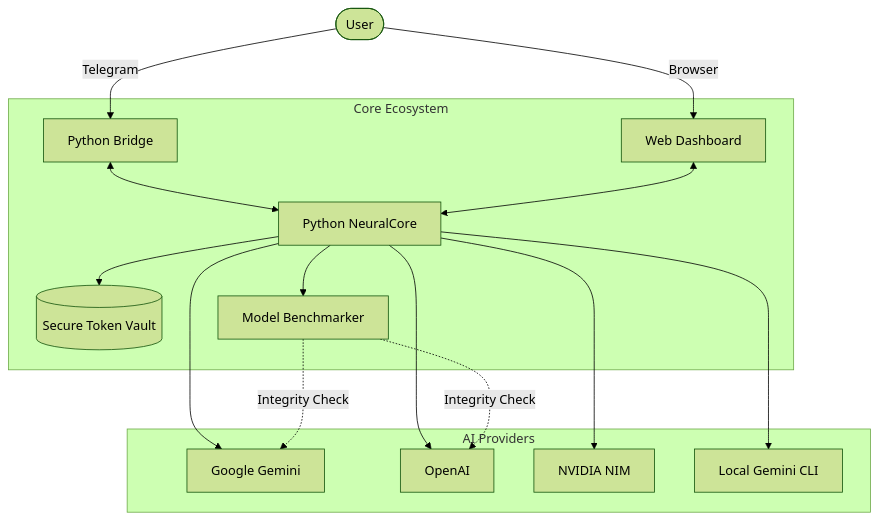
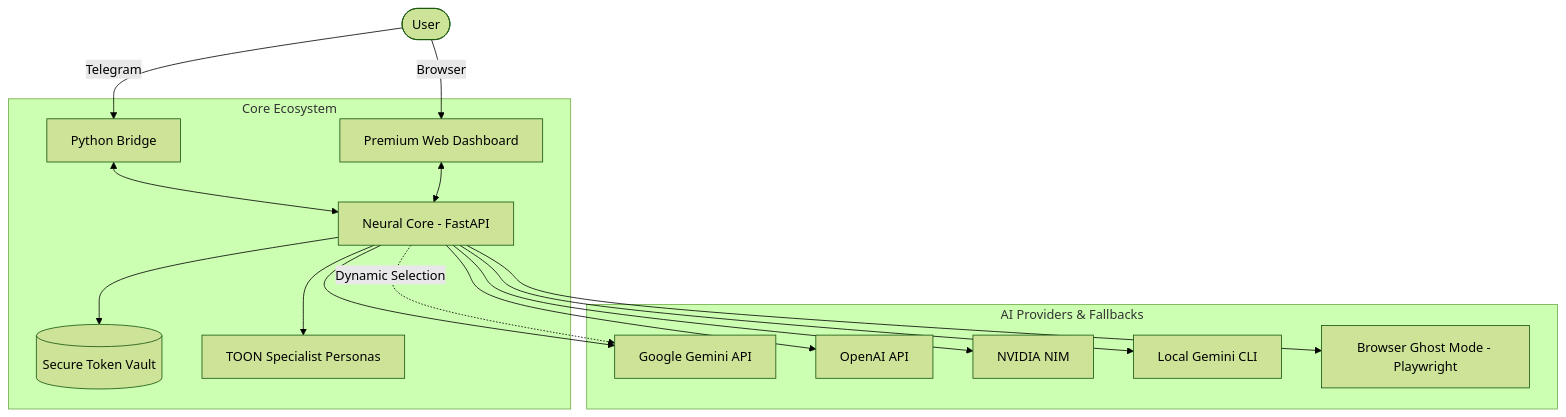
One commit to nhmatsumoto/ronaldinho-agent changed the diagram in README.md. Above: the diagram before and after it, drawn with Mermaid (forest theme). The commit also changed other lines of this file and 8 other files, not shown here.

Commit message:
feat: Implement browser-based ChatGPT as a final model fallback and refine model rotation with improved quota error handling.

````diff
--- a/README.md
+++ b/README.md
@@ -9,22 +9,22 @@
 ```mermaid
 graph TD
     User([User]) --> |Telegram| Bridge[Python Bridge]
-    User --> |Browser| Dashboard[Web Dashboard]
+    User --> |Browser| Dashboard[Premium Web Dashboard]
 
     subgraph "Core Ecosystem"
-        Bridge <--> Core[Python NeuralCore]
+        Bridge <--> Core[Neural Core - FastAPI]
         Dashboard <--> Core
         Core --> Vault[(Secure Token Vault)]
-        Core --> Bench[Model Benchmarker]
+        Core --> Personas[TOON Specialist Personas]
     end
 
-    subgraph "AI Providers"
-        Core --> Gemini[Google Gemini]
-        Core --> OpenAI[OpenAI]
+    subgraph "AI Providers & Fallbacks"
+        Core --> Gemini[Google Gemini API]
+        Core --> OpenAI[OpenAI API]
         Core --> NVIDIA[NVIDIA NIM]
         Core --> Local[Local Gemini CLI]
+        Core --> Ghost[Browser Ghost Mode - Playwright]
     end
 
-    Bench -.-> |Integrity Check| Gemini
-    Bench -.-> |Integrity Check| OpenAI
+    Core -.-> |Dynamic Selection| Gemini
 ```
````
